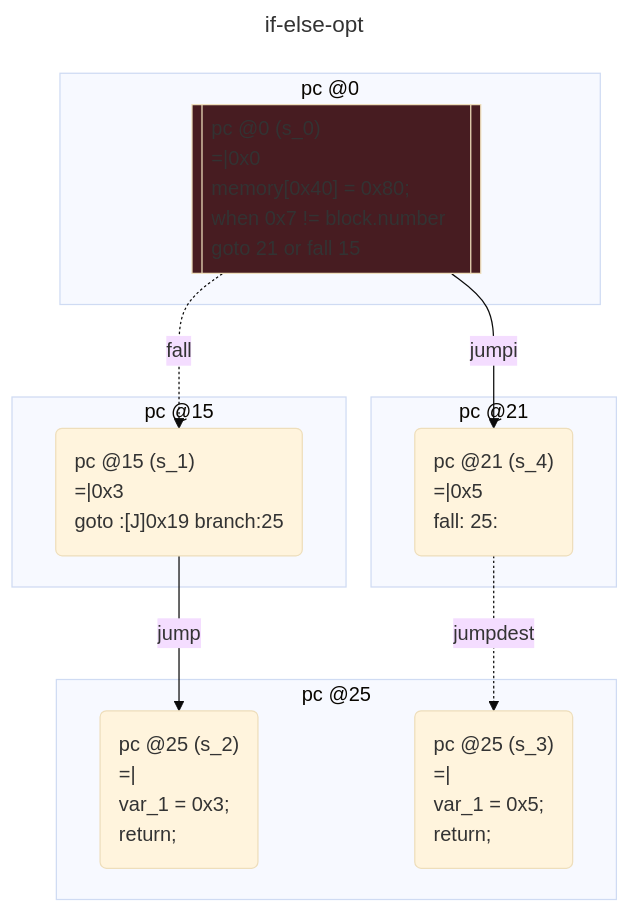
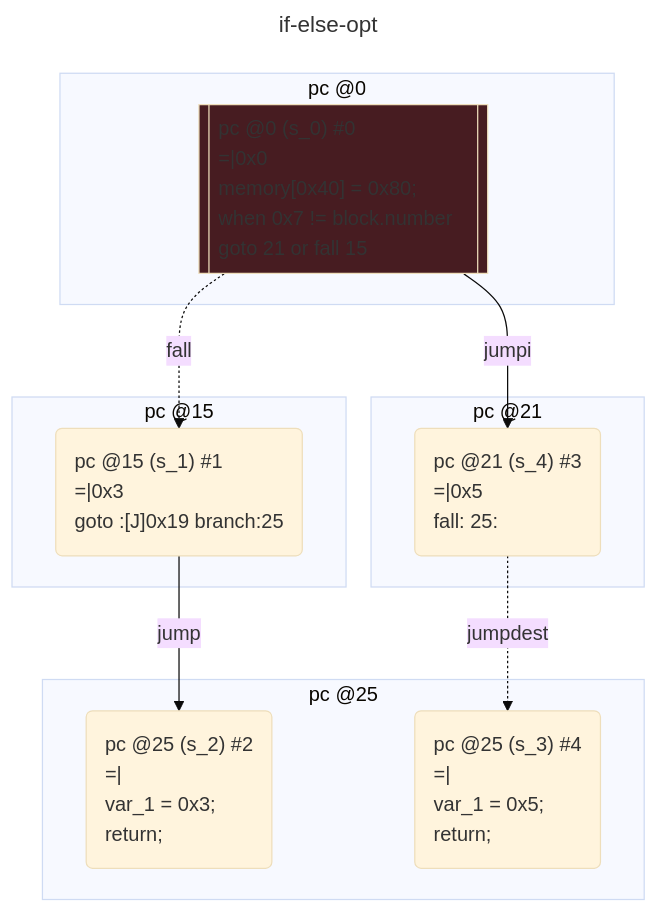
Before and after one commit to acuarica/evm: the second of 2 diagrams in test/__snapshots__/contracts/control/if-else.snap.md, drawn with Mermaid (base theme). The commit also changed other lines of this file and 18 other files, not shown here.

````diff
--- a/test/__snapshots__/contracts/control/if-else.snap.md
+++ b/test/__snapshots__/contracts/control/if-else.snap.md
@@ -139,49 +139,49 @@
 ```mermaid -opt
 ---
 title: if-else-opt
 ---
 flowchart TD
   classDef state text-align:left
   subgraph cluster_0 ["pc @0"]
-    s_0[["pc @0 (s_0)
+    s_0[["pc @0 (s_0) #0
 =|0x0
 memory[0x40] = 0x80;
 when 0x7 != block.number goto 21 or fall 15
 "]]
     class s_0 state
     style s_0 fill:#471C21
   end
   subgraph cluster_15 ["pc @15"]
-    s_1("pc @15 (s_1)
+    s_1("pc @15 (s_1) #1
 =|0x3
 goto :[J]0x19 branch:25
 ")
     class s_1 state
   end
   subgraph cluster_25 ["pc @25"]
-    s_2("pc @25 (s_2)
+    s_2("pc @25 (s_2) #2
 =|
 var_1 = 0x3;
 return;
 ")
     class s_2 state
-    s_3("pc @25 (s_3)
+    s_3("pc @25 (s_3) #4
 =|
 var_1 = 0x5;
 return;
 ")
     class s_3 state
   end
   subgraph cluster_21 ["pc @21"]
-    s_4("pc @21 (s_4)
+    s_4("pc @21 (s_4) #3
 =|0x5
 fall: 25:
 ")
     class s_4 state
   end
   s_0 -- jumpi --> s_4;
   s_0 -. fall .-> s_1;
   s_1 -- jump --> s_2;
   s_4 -. jumpdest .-> s_3;
 
 ```
````
